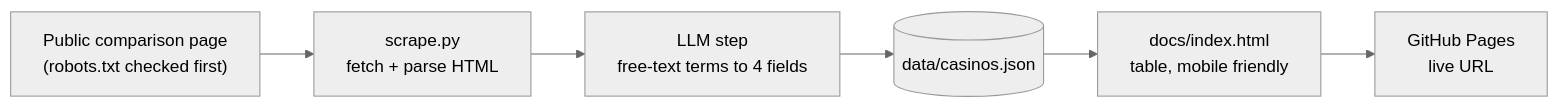
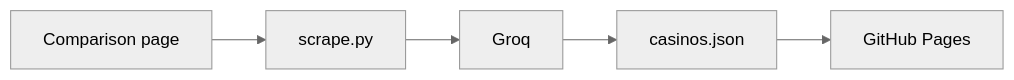
The diagram in README.md (maejor101/casino-offer-tracker), drawn with Mermaid (neutral theme) before and after one commit. The commit also changed other lines of this file, not shown here.

````diff
--- a/README.md
+++ b/README.md
@@ -12,8 +7,7 @@
 ```mermaid
 flowchart LR
-    A["Public comparison page<br/>(robots.txt checked first)"] --> B["scrape.py<br/>fetch + parse HTML"]
-    B --> C["LLM step<br/>free-text terms to 4 fields"]
-    C --> D[("data/casinos.json")]
-    D --> E["docs/index.html<br/>table, mobile friendly"]
-    E --> F["GitHub Pages<br/>live URL"]
+    A["Comparison page"] --> B["scrape.py"]
+    B --> C["Groq"]
+    C --> D["casinos.json"]
+    D --> E["GitHub Pages"]
 ```
````
